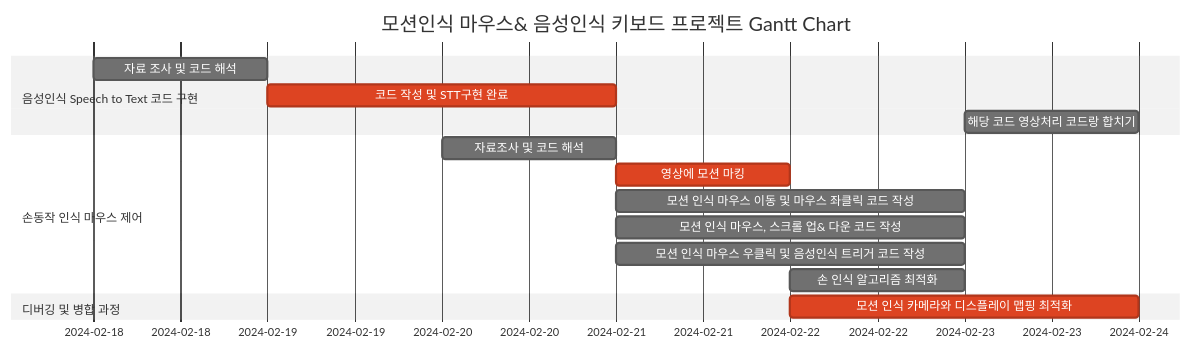
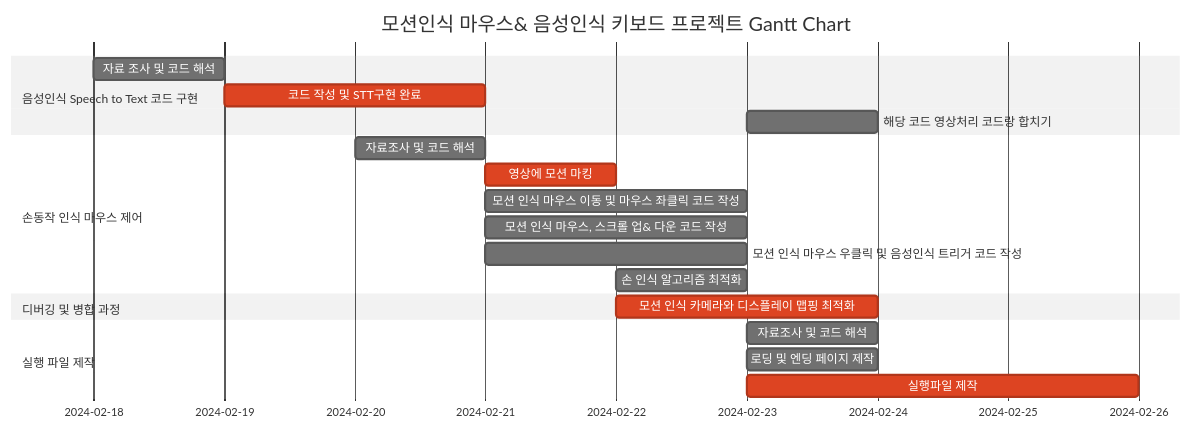
Before and after one commit to CodeMystero/motionKeyboardMouse: the diagram in README.md, drawn with Mermaid (neutral theme). The commit also changed other lines of this file, not shown here.

````diff
--- a/README.md
+++ b/README.md
@@ -59,21 +59,26 @@
 ```mermaid
 gantt
     dateFormat  MM-DD-YYYY
     title       모션인식 마우스& 음성인식 키보드 프로젝트 Gantt Chart
 	
 	section 음성인식 Speech to Text 코드 구현
 		자료 조사 및 코드 해석 :2024-02-18, 1d
                 코드 작성 및 STT구현 완료  :crit, 2024-02-19, 2d
 		해당 코드 영상처리 코드랑 합치기 :2024-02-23, 1d
 	
 	section 손동작 인식 마우스 제어
 		자료조사 및 코드 해석	: 2024-02-20, 1d
 		영상에 모션 마킹  :crit, 2024-02-21, 1d
 		모션 인식 마우스 이동 및 마우스 좌클릭 코드 작성 : 2024-02-21, 2d
 		모션 인식 마우스, 스크롤 업& 다운 코드 작성 : 2024-02-21, 2d
 		모션 인식 마우스 우클릭 및 음성인식 트리거 코드 작성  : 2024-02-21, 2d
 		손 인식 알고리즘 최적화 : 2024-02-22, 1d
 
 	section 디버깅 및 병합 과정
 		모션 인식 카메라와 디스플레이 맵핑 최적화 : crit, 2024-02-22, 2d
+
+	section 실행 파일 제작
+		자료조사 및 코드 해석 : 2024-02-23, 1d
+		로딩 및 엔딩 페이지 제작 : 2024-02-23, 1d
+		실행파일 제작 : crit, 2024-02-23, 3d
 ```
````
